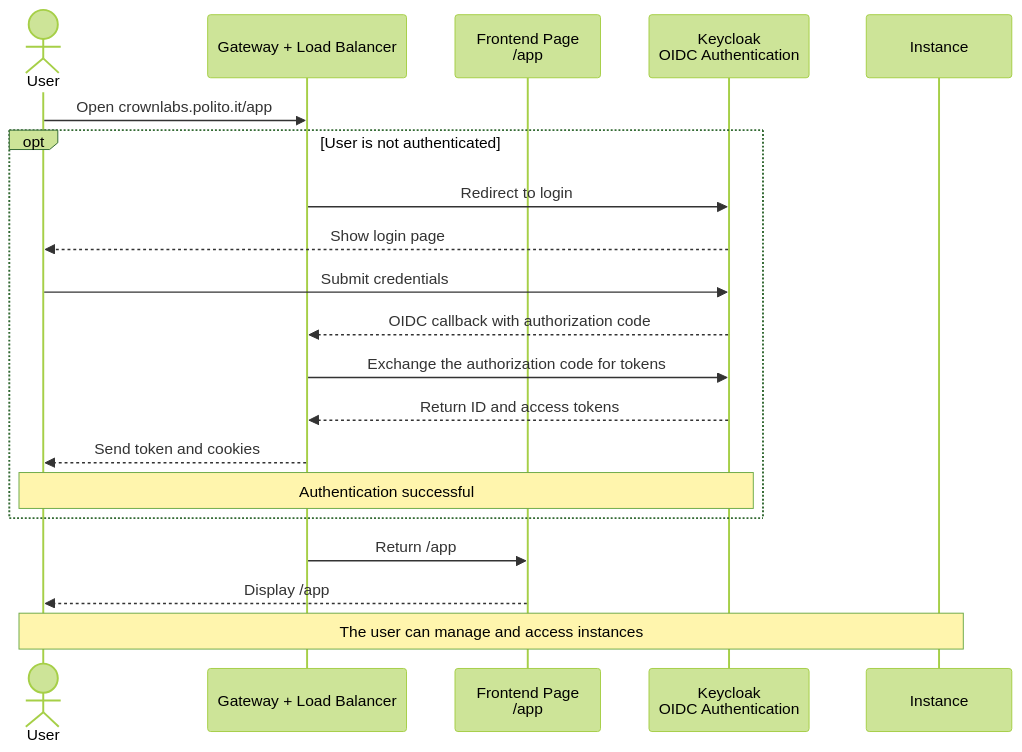
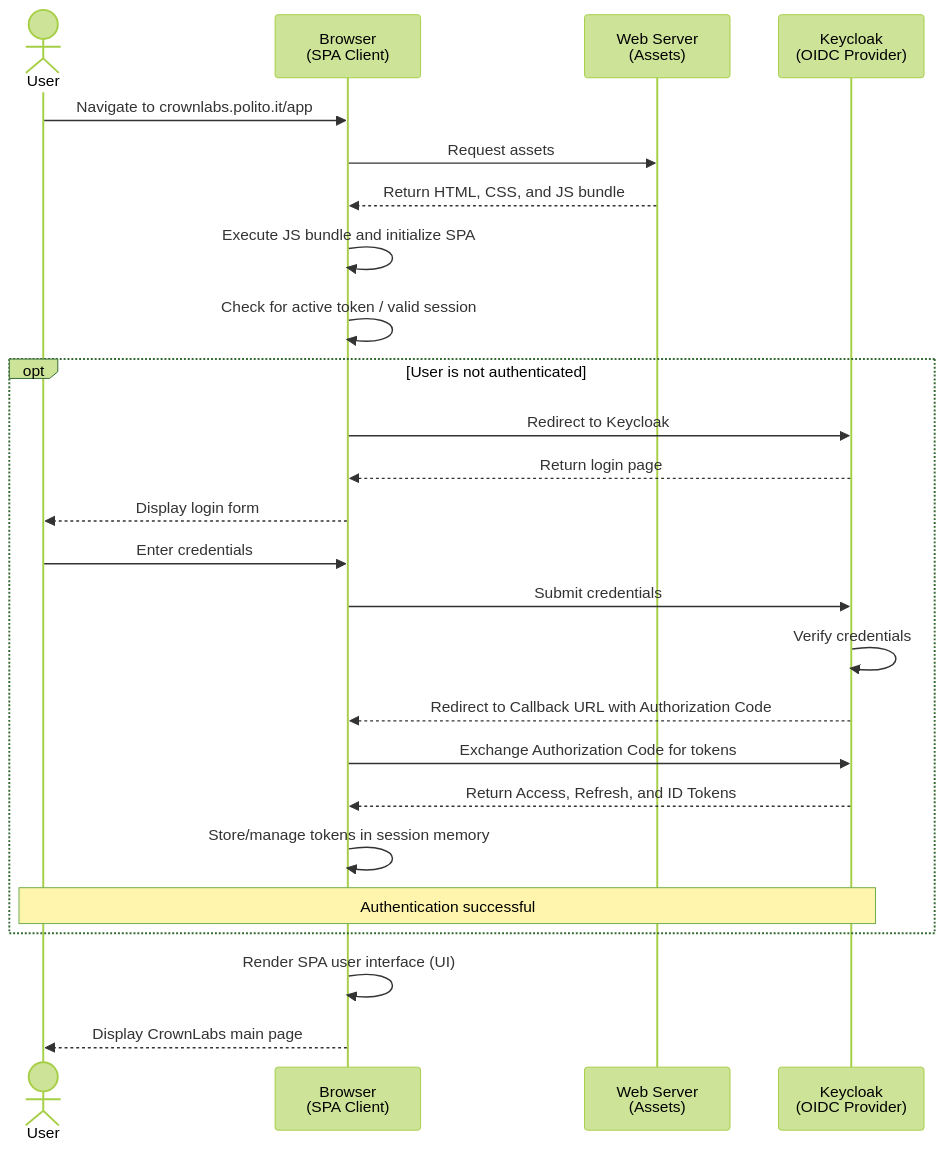
One commit to netgroup-polito/CrownLabs changed the first of 4 diagrams in frontend/README.md. Above: the diagram before and after it, drawn with Mermaid (forest theme). The commit also changed other lines of this file, not shown here.

Commit message:
edit graph for access, auth, and qlkube

````diff
--- a/frontend/README.md
+++ b/frontend/README.md
@@ -11,27 +18,30 @@
 ```mermaid
 sequenceDiagram
     actor User
-    participant LB as Gateway + Load Balancer
-    participant Frontend as Frontend Page<br/>/app
-    participant Keycloak as Keycloak<br/>OIDC Authentication
-    participant Instance as Instance
+    participant Browser as Browser<br/>(SPA Client)
+    participant Server as Web Server<br/>(Assets)
+    participant Keycloak as Keycloak<br/>(OIDC Provider)
 
-    User->>LB: Open crownlabs.polito.it/app
+    User->>Browser: Navigate to crownlabs.polito.it/app
+    Browser->>Server: Request assets
+    Server-->>Browser: Return HTML, CSS, and JS bundle
+    Browser->>Browser: Execute JS bundle and initialize SPA
+    Browser->>Browser: Check for active token / valid session
 
     opt User is not authenticated
-        LB->>Keycloak: Redirect to login
-        Keycloak-->>User: Show login page
-        User->>Keycloak: Submit credentials
-        Keycloak-->>LB: OIDC callback with authorization code
-        LB->>Keycloak: Exchange the authorization code for tokens
-        Keycloak-->>LB: Return ID and access tokens
-        LB-->>User: Send token and cookies
+        Browser->>Keycloak: Redirect to Keycloak
+        Keycloak-->>Browser: Return login page
+        Browser-->>User: Display login form
+        User->>Browser: Enter credentials
+        Browser->>Keycloak: Submit credentials
+        Keycloak->>Keycloak: Verify credentials
+        Keycloak-->>Browser: Redirect to Callback URL with Authorization Code
+        Browser->>Keycloak: Exchange Authorization Code for tokens
+        Keycloak-->>Browser: Return Access, Refresh, and ID Tokens
+        Browser->>Browser: Store/manage tokens in session memory
         Note over User,Keycloak: Authentication successful
     end
 
-    LB->>Frontend: Return /app
-    Frontend-->>User: Display /app
-
-    Note over User,Instance: The user can manage and access instances
-
+    Browser->>Browser: Render SPA user interface (UI)
+    Browser-->>User: Display CrownLabs main page
 ```
````
